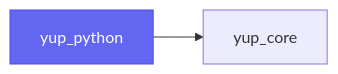
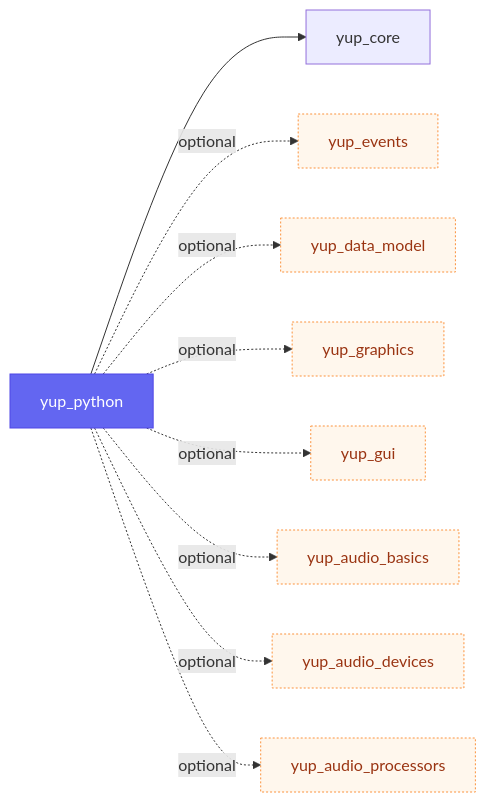
Diagram 18 of 19 in docs/modules.md (kunitoki/yup), drawn with Mermaid before and after one commit. The commit also changed other lines of this file and 13 other files, not shown here.

````diff
--- a/docs/modules.md
+++ b/docs/modules.md
@@ -284,6 +345,14 @@
 ```mermaid
 flowchart LR
     yup_python:::self --> yup_core
+    yup_python -. optional .-> yup_events:::opt
+    yup_python -. optional .-> yup_data_model:::opt
+    yup_python -. optional .-> yup_graphics:::opt
+    yup_python -. optional .-> yup_gui:::opt
+    yup_python -. optional .-> yup_audio_basics:::opt
+    yup_python -. optional .-> yup_audio_devices:::opt
+    yup_python -. optional .-> yup_audio_processors:::opt
     classDef self fill:#6366f1,color:#fff,stroke:#4f46e5;
     classDef ext fill:#f3f4f6,color:#374151,stroke:#9ca3af,stroke-dasharray:4 3;
+    classDef opt fill:#fff7ed,color:#9a3412,stroke:#fb923c,stroke-dasharray:2 2;
 ```
````
